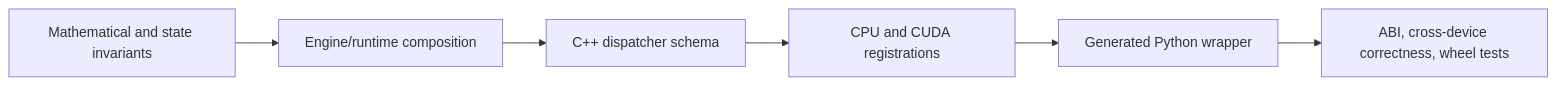
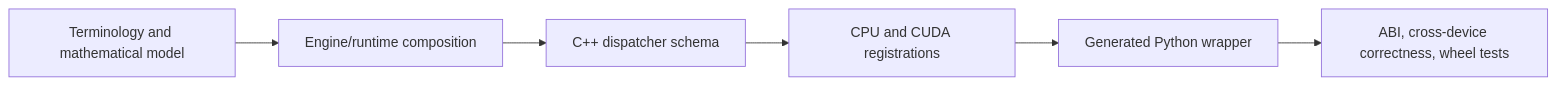
One commit to visualDust/fhelium changed the diagram in docs/developer/index.md. Above: the diagram before and after it, drawn with Mermaid. The commit also changed other lines of this file and 612 other files, not shown here.

Commit message:
Introduce several architecture changes and support Windows native build

````diff
--- a/docs/developer/index.md
+++ b/docs/developer/index.md
@@ -82,10 +92,10 @@
 ```mermaid
 graph LR
-    SEM[Mathematical and state invariants]
+    SEM[Terminology and mathematical model]
     ENG[Engine/runtime composition]
     SCHEMA[C++ dispatcher schema]
     BACKEND[CPU and CUDA registrations]
     WRAP[Generated Python wrapper]
     TEST[ABI, cross-device correctness, wheel tests]
     SEM --> ENG --> SCHEMA --> BACKEND --> WRAP --> TEST
 ```
````
